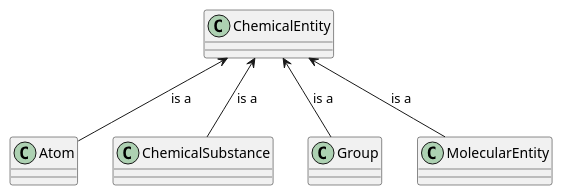
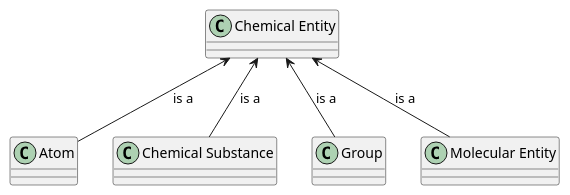
One commit to FilippoVissani/semantic-web-assignment-1 changed the diagram in diagrams/chemical-entity.puml. Above: the diagram before and after it, drawn with PlantUML. The commit also changed 2 other files, not shown here.

Commit message:
Modified chemical entity diagram

```diff
--- a/diagrams/chemical-entity.puml
+++ b/diagrams/chemical-entity.puml
@@ -1,12 +1,12 @@
 @startuml
-class ChemicalEntity
-class Atom
-class ChemicalSubstance
-class Group
-class MolecularEntity
+class "Chemical Entity" as ChemicalEntity
+class "Atom" as Atom
+class "Chemical Substance" as ChemicalSubstance
+class "Group" as Group
+class "Molecular Entity" as MolecularEntity
 
 Atom -up-> ChemicalEntity : is a
 ChemicalSubstance -up-> ChemicalEntity : is a
 Group -up-> ChemicalEntity : is a
 MolecularEntity -up-> ChemicalEntity : is a
 @enduml
```
